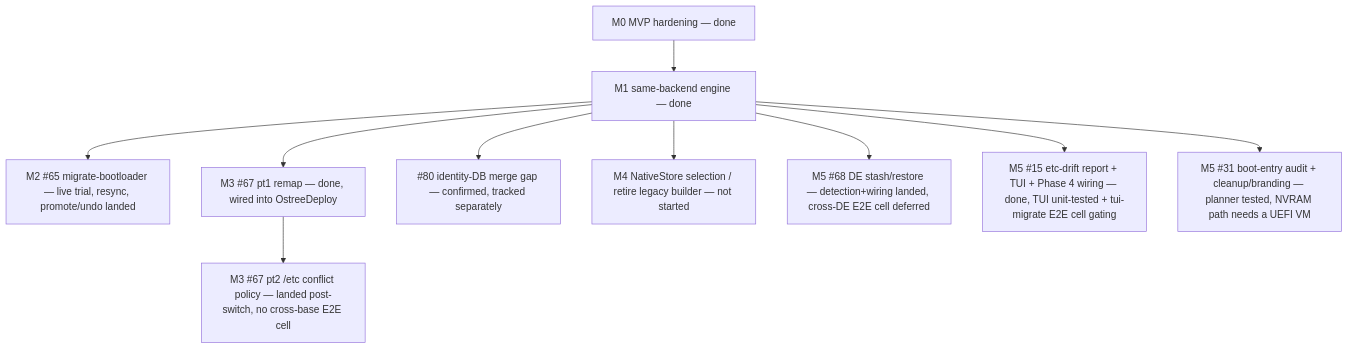
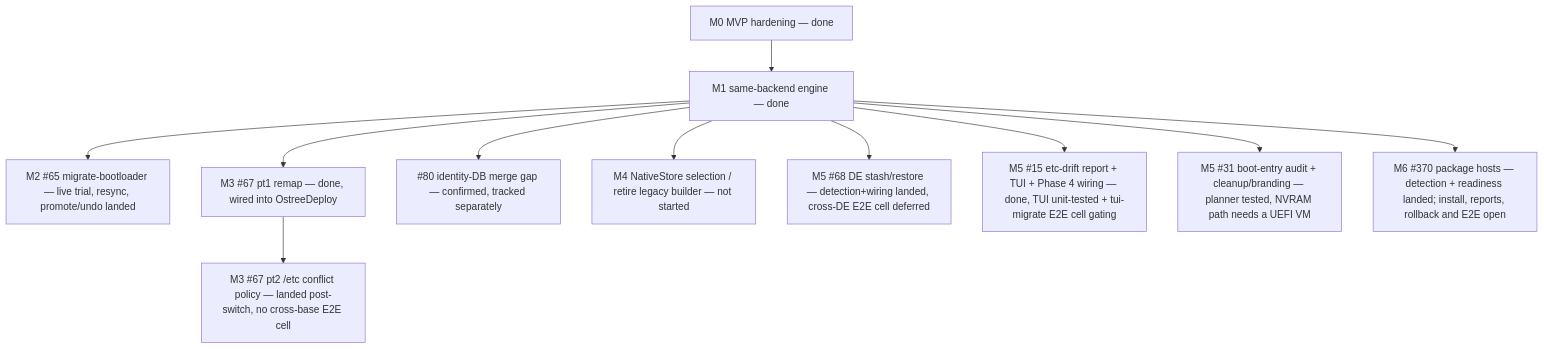
The diagram in ROADMAP.md (hanthor/bootc-migrate), drawn with Mermaid before and after one commit. The commit also changed other lines of this file and 8 other files, not shown here.

First line of the commit message:
tui: expose package-host readiness preview (#428)

````diff
--- a/ROADMAP.md
+++ b/ROADMAP.md
@@ -384,12 +422,13 @@
 ```mermaid
 graph TD
   M0["M0 MVP hardening — done"] --> M1["M1 same-backend engine — done"]
   M1 --> M2["M2 #65 migrate-bootloader — live trial, resync, promote/undo landed"]
   M1 --> M3P1["M3 #67 pt1 remap — done, wired into OstreeDeploy"]
   M3P1 --> M3P2["M3 #67 pt2 /etc conflict policy — landed post-switch, no cross-base E2E cell"]
   M1 --> GAP80["#80 identity-DB merge gap — confirmed, tracked separately"]
   M1 --> M4["M4 NativeStore selection / retire legacy builder — not started"]
   M1 --> M5A["M5 #68 DE stash/restore — detection+wiring landed, cross-DE E2E cell deferred"]
   M1 --> M5B["M5 #15 etc-drift report + TUI + Phase 4 wiring — done, TUI unit-tested + tui-migrate E2E cell gating"]
   M1 --> M5C["M5 #31 boot-entry audit + cleanup/branding — planner tested, NVRAM path needs a UEFI VM"]
+  M1 --> M6["M6 #370 package hosts — detection + readiness landed; install, reports, rollback and E2E open"]
 ```
````
